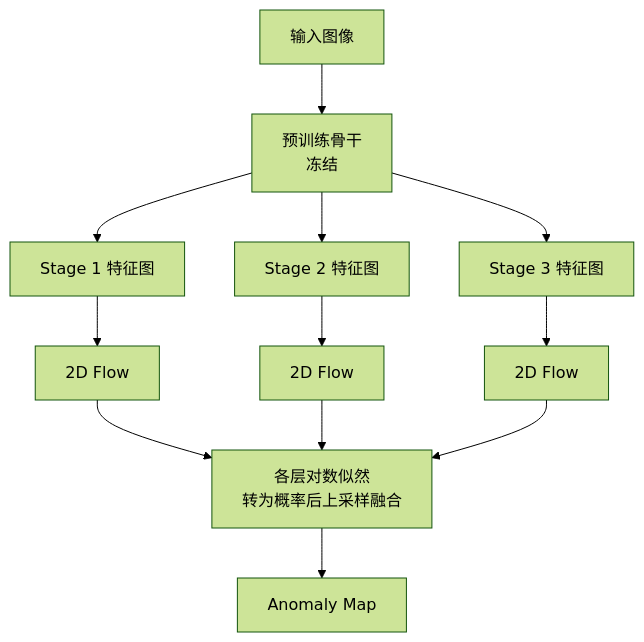
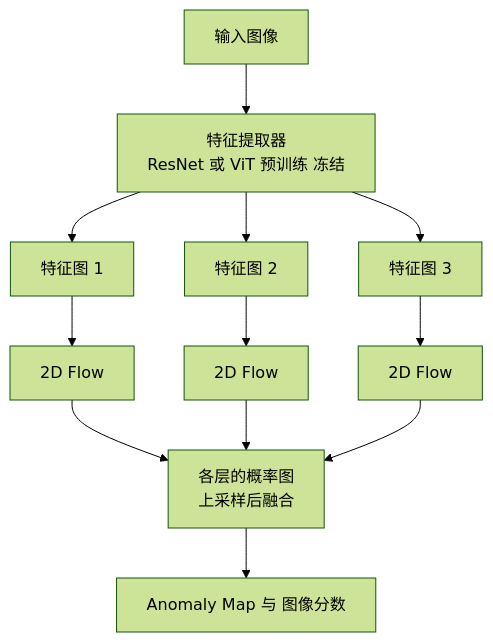
One commit to junxnone/aiwiki changed the diagram in docs/0736_paper_FastFlow.md. Above: the diagram before and after it, drawn with Mermaid (forest theme). The commit also changed other lines of this file and 1 other file, not shown here.

````diff
--- a/docs/0736_paper_FastFlow.md
+++ b/docs/0736_paper_FastFlow.md
@@ -21,14 +23,14 @@
 ```mermaid
 graph TD
-    X["输入图像"] --> B["预训练骨干<br/>冻结"]
-    B --> S1["Stage 1 特征图"]
-    B --> S2["Stage 2 特征图"]
-    B --> S3["Stage 3 特征图"]
+    X["输入图像"] --> B["特征提取器<br/>ResNet 或 ViT 预训练 冻结"]
+    B --> S1["特征图 1"]
+    B --> S2["特征图 2"]
+    B --> S3["特征图 3"]
     S1 --> F1["2D Flow"]
     S2 --> F2["2D Flow"]
     S3 --> F3["2D Flow"]
-    F1 --> L["各层对数似然<br/>转为概率后上采样融合"]
+    F1 --> L["各层的概率图<br/>上采样后融合"]
     F2 --> L
     F3 --> L
-    L --> A["Anomaly Map"]
+    L --> A["Anomaly Map 与 图像分数"]
 ```
````
